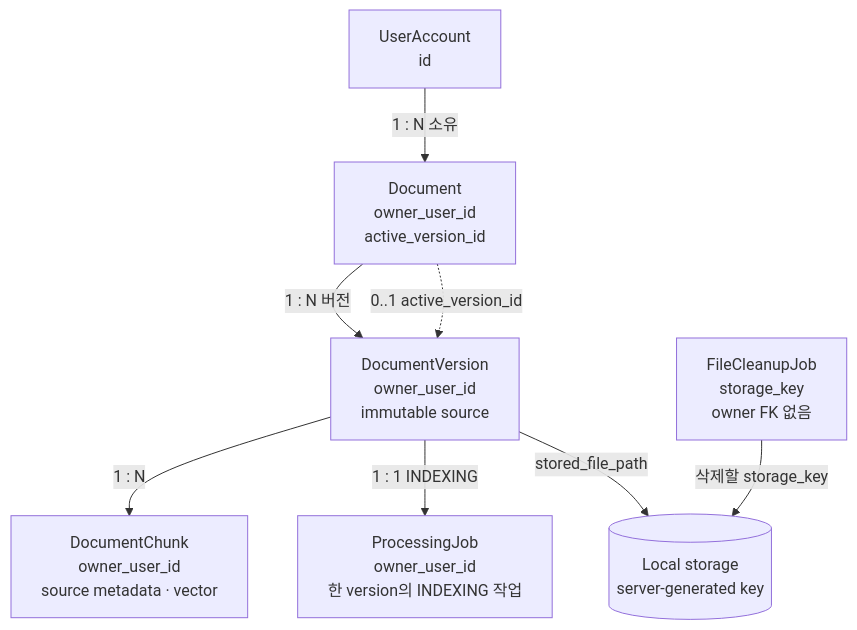
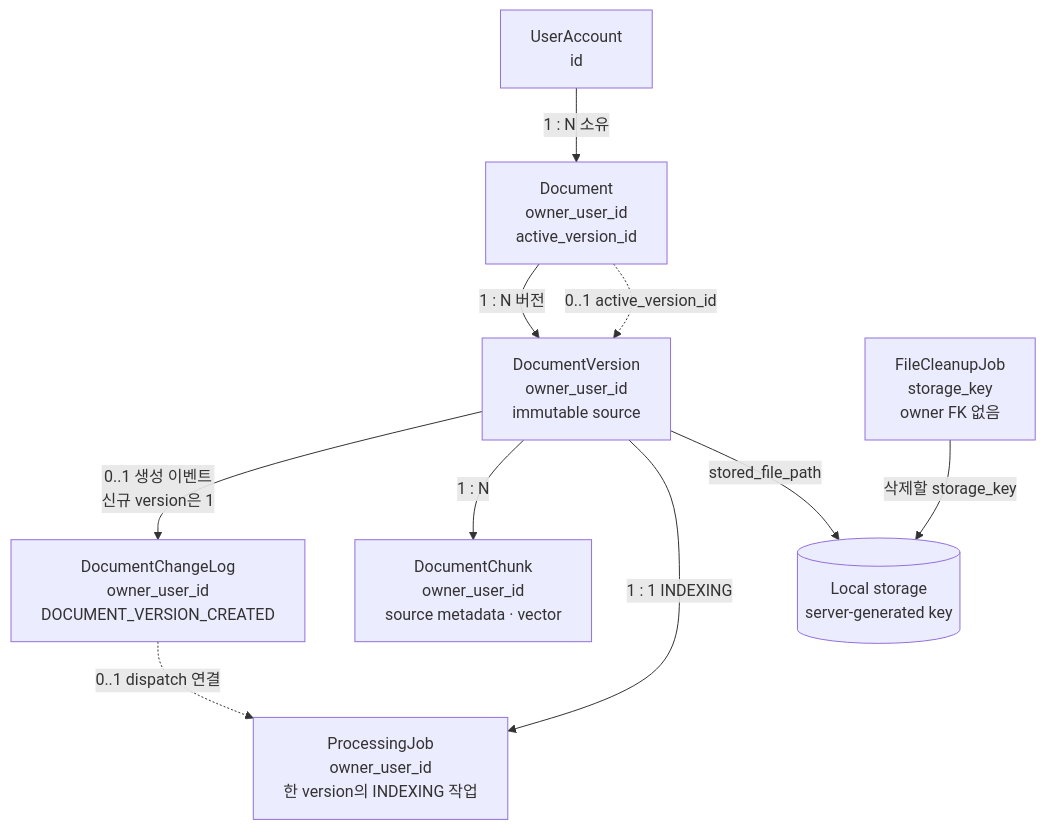
The fourth of 7 diagrams in docs/architecture.md (jaemin-devlog/PRIZM), drawn with Mermaid before and after one commit. The commit also changed other lines of this file and 6 other files, not shown here.

````diff
--- a/docs/architecture.md
+++ b/docs/architecture.md
@@ -289,18 +308,21 @@
 ```mermaid
 flowchart TD
     U["UserAccount<br/>id"]
     D["Document<br/>owner_user_id<br/>active_version_id"]
     V["DocumentVersion<br/>owner_user_id<br/>immutable source"]
+    L["DocumentChangeLog<br/>owner_user_id<br/>DOCUMENT_VERSION_CREATED"]
     C["DocumentChunk<br/>owner_user_id<br/>source metadata · vector"]
     P["ProcessingJob<br/>owner_user_id<br/>한 version의 INDEXING 작업"]
     F["FileCleanupJob<br/>storage_key<br/>owner FK 없음"]
     S[("Local storage<br/>server-generated key")]
 
     U -->|"1 : N 소유"| D
     D -->|"1 : N 버전"| V
     D -.->|"0..1 active_version_id"| V
+    V -->|"0..1 생성 이벤트<br/>신규 version은 1"| L
+    L -.->|"0..1 dispatch 연결"| P
     V -->|"1 : N"| C
     V -->|"1 : 1 INDEXING"| P
     V -->|"stored_file_path"| S
     F -->|"삭제할 storage_key"| S
 ```
````
